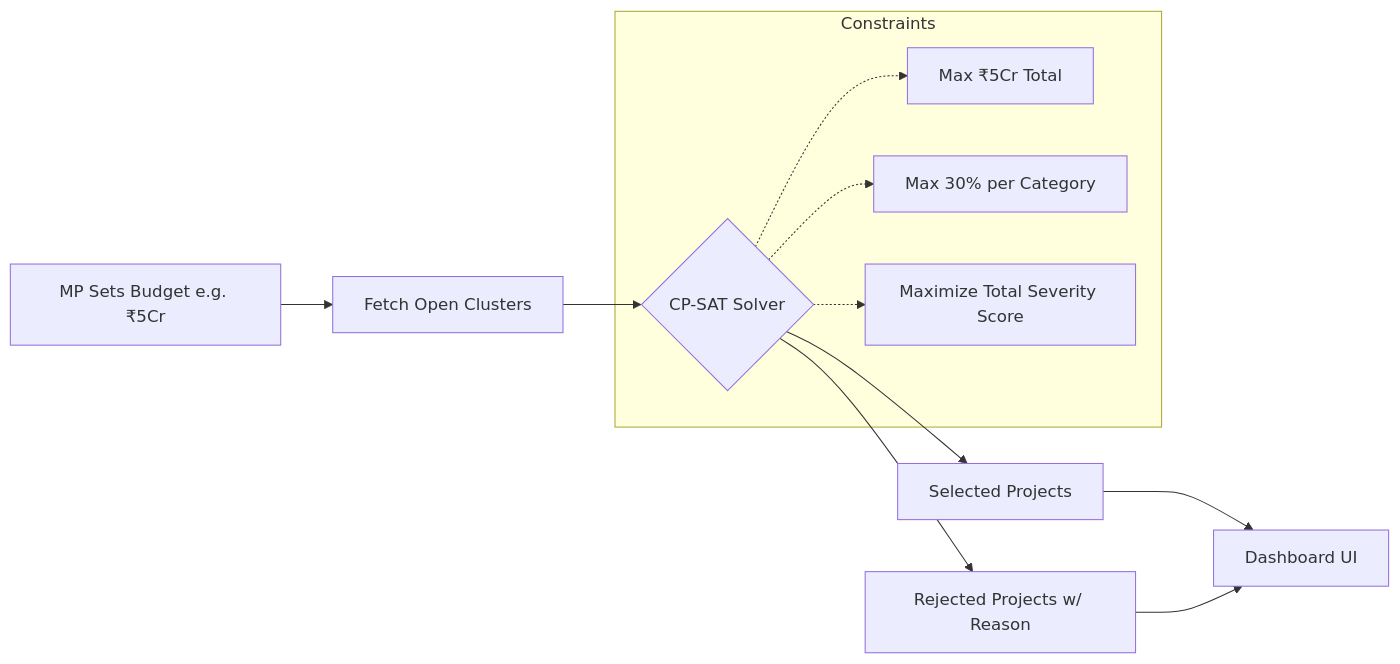
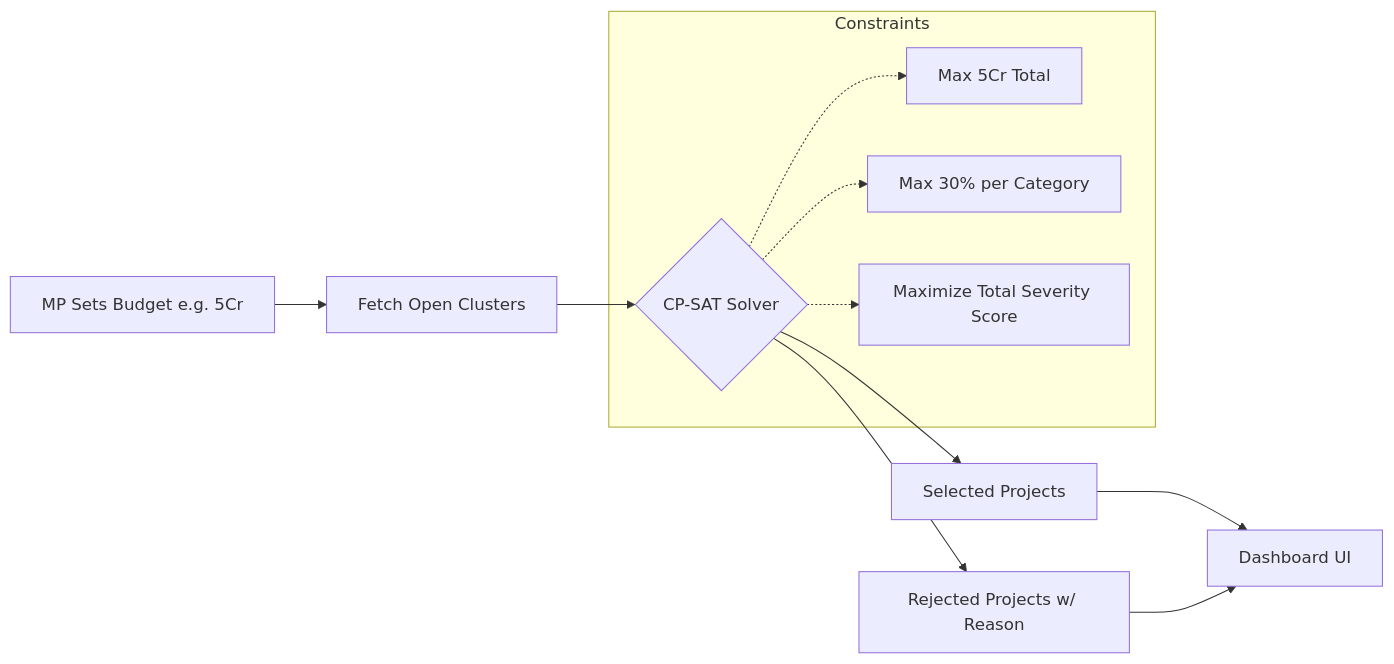
One commit to Zish19/Jan-Setu changed the third of 3 diagrams in docs/architecture.md. Above: the diagram before and after it, drawn with Mermaid. The commit also changed other lines of this file and 47 other files, not shown here.

````diff
--- a/docs/architecture.md
+++ b/docs/architecture.md
@@ -60,17 +60,17 @@
 ```mermaid
 flowchart LR
-    A[MP Sets Budget e.g. ₹5Cr] --> B[Fetch Open Clusters]
+    A[MP Sets Budget e.g. 5Cr] --> B[Fetch Open Clusters]
     B --> C{CP-SAT Solver}
     
     subgraph Constraints
-    C -.-> D[Max ₹5Cr Total]
+    C -.-> D[Max 5Cr Total]
     C -.-> E[Max 30% per Category]
     C -.-> F[Maximize Total Severity Score]
     end
     
     C --> G[Selected Projects]
     C --> H[Rejected Projects w/ Reason]
     
     G --> I[Dashboard UI]
     H --> I
 ```
````
